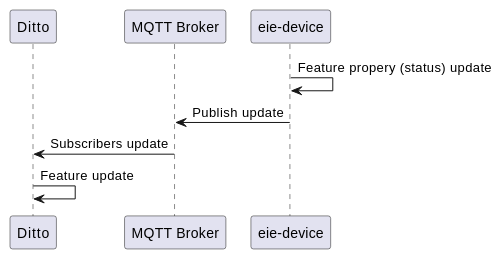
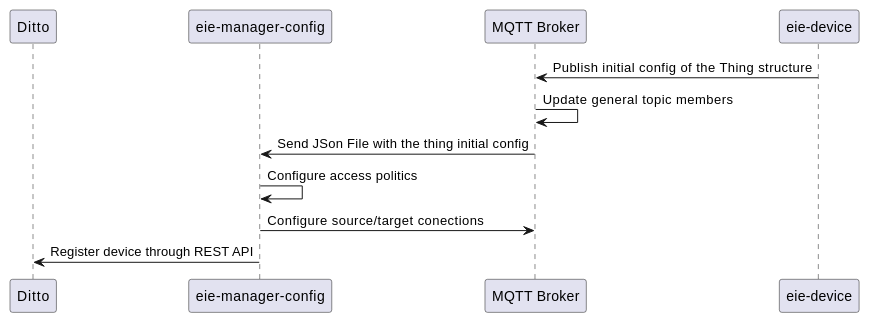
Before and after one commit to zetavB/ie0417-dev-b53993: the third of 3 diagrams in docs/source/projects/final/final.rst, drawn with PlantUML.

Commit message:
3rd sequence diagram

```diff
--- a/docs/source/projects/final/final.rst
+++ b/docs/source/projects/final/final.rst
@@ -98,11 +98,14 @@
 .. uml::
 
   @startuml
   participant Ditto
+  participant "eie-manager-config"
   participant "MQTT Broker"
   participant "eie-device"
-  "eie-device"->"eie-device":  Feature propery (status) update
-  "eie-device"->"MQTT Broker": Publish update
-  "MQTT Broker"-> Ditto: Subscribers update
-  "Ditto"-> Ditto: Feature update
+  "eie-device"->"MQTT Broker": Publish initial config of the Thing structure
+  "MQTT Broker"-> "MQTT Broker": Update general topic members
+  "MQTT Broker"-> "eie-manager-config": Send JSon File with the thing initial config
+  "eie-manager-config" -> "eie-manager-config": Configure access politics
+  "eie-manager-config" -> "MQTT Broker": Configure source/target conections
+  "eie-manager-config"-> Ditto: Register device through REST API
   @enduml
```
